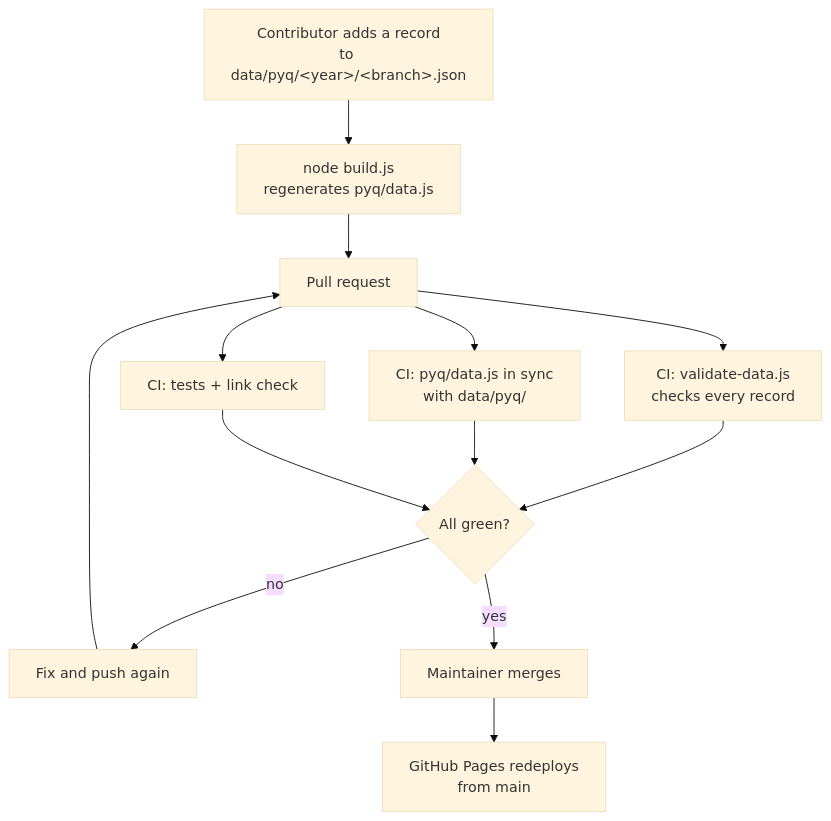
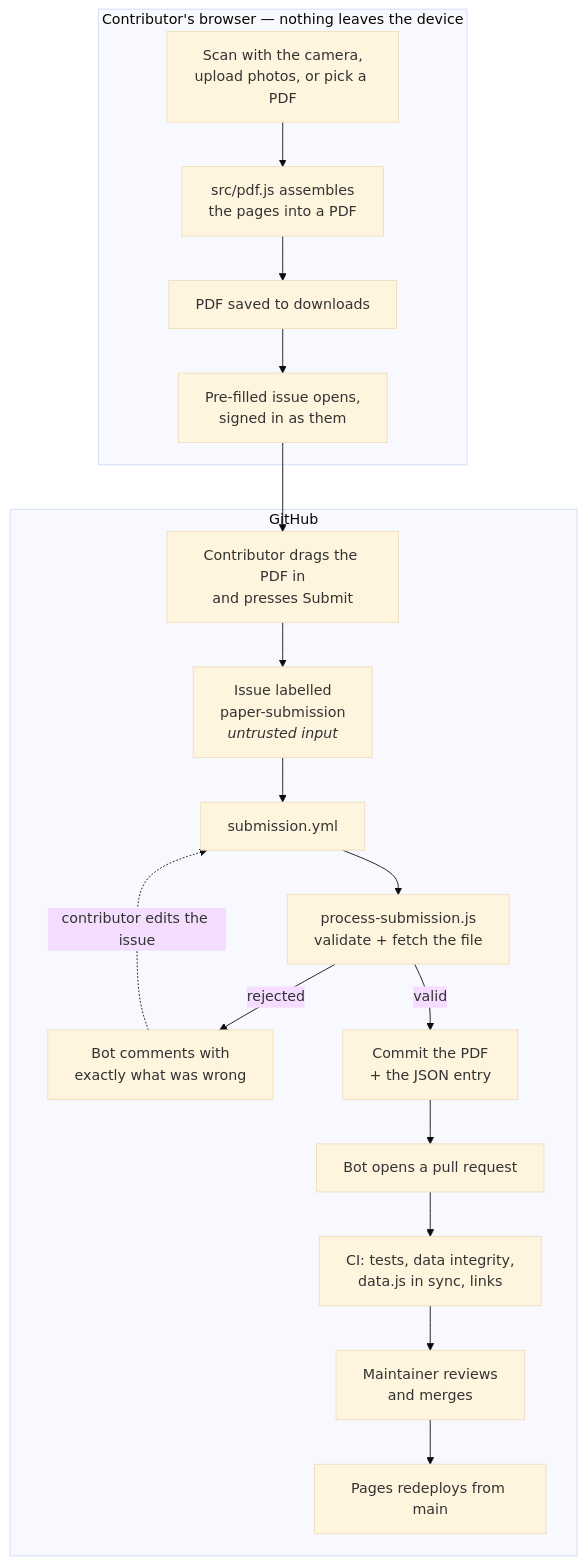
Before and after one commit to accelerate-muj/college-materials: the diagram in README.md, drawn with Mermaid (base theme). The commit also changed other lines of this file and 17 other files, not shown here.

````diff
--- a/README.md
+++ b/README.md
@@ -95,15 +100,23 @@
 ```mermaid
 flowchart TD
-    A["Contributor adds a record<br/>to data/pyq/&lt;year&gt;/&lt;branch&gt;.json"] --> B["node build.js<br/>regenerates pyq/data.js"]
-    B --> C["Pull request"]
-    C --> D["CI: validate-data.js<br/>checks every record"]
-    C --> E["CI: pyq/data.js in sync<br/>with data/pyq/"]
-    C --> F["CI: tests + link check"]
-    D --> G{"All green?"}
-    E --> G
-    F --> G
-    G -->|no| H["Fix and push again"]
-    H --> C
-    G -->|yes| I["Maintainer merges"]
-    I --> J["GitHub Pages redeploys<br/>from main"]
+    subgraph browser["Contributor's browser — nothing leaves the device"]
+        A["Scan with the camera,<br/>upload photos, or pick a PDF"] --> B["src/pdf.js assembles<br/>the pages into a PDF"]
+        B --> C["PDF saved to downloads"]
+        C --> D["Pre-filled issue opens,<br/>signed in as them"]
+    end
+
+    D --> E["Contributor drags the PDF in<br/>and presses Submit"]
+
+    subgraph gh["GitHub"]
+        E --> F["Issue labelled<br/>paper-submission<br/><i>untrusted input</i>"]
+        F --> G["submission.yml"]
+        G --> H["process-submission.js<br/>validate + fetch the file"]
+        H -->|rejected| I["Bot comments with<br/>exactly what was wrong"]
+        I -.->|contributor edits the issue| G
+        H -->|valid| J["Commit the PDF<br/>+ the JSON entry"]
+        J --> K["Bot opens a pull request"]
+        K --> L["CI: tests, data integrity,<br/>data.js in sync, links"]
+        L --> M["Maintainer reviews<br/>and merges"]
+        M --> N["Pages redeploys from main"]
+    end
 ```
````
